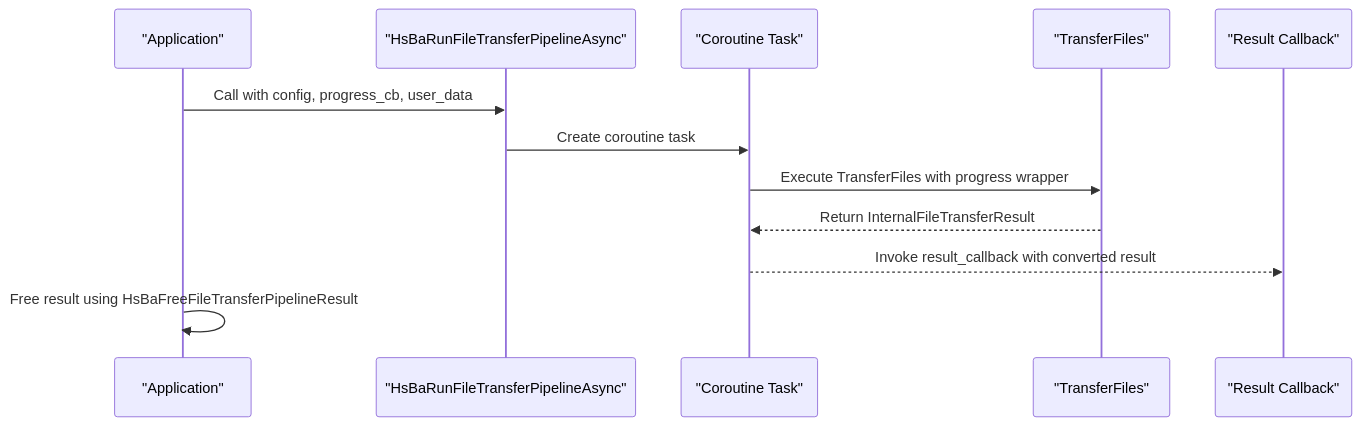
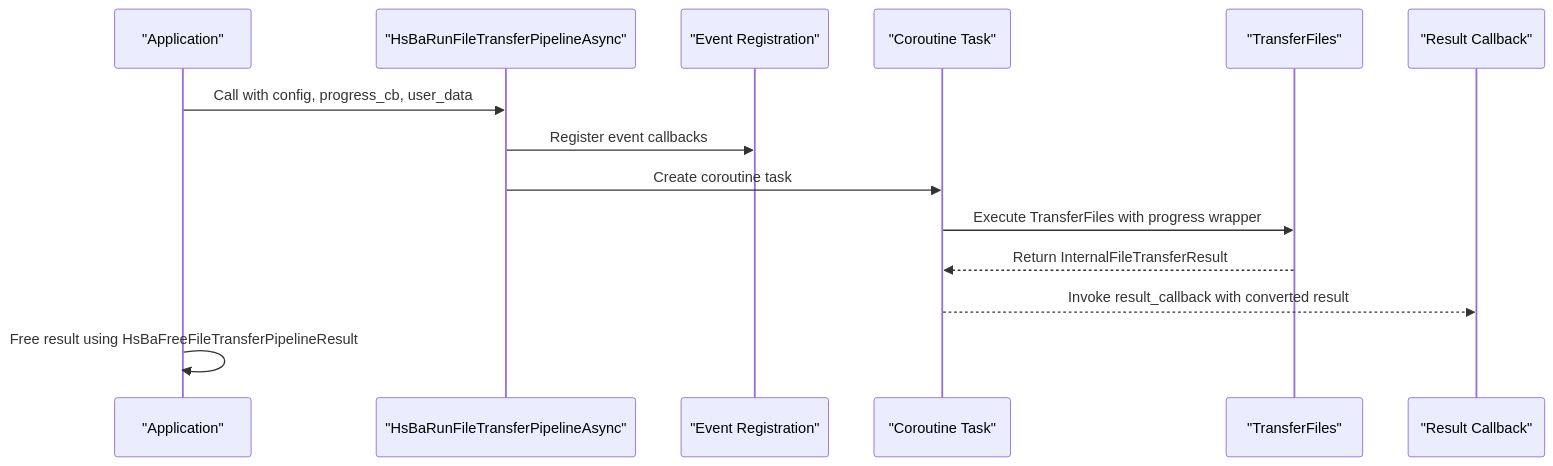
The seventh of 8 diagrams in .qoder/repowiki/en/content/Core Architecture/File Transfer Pipeline System.md (hsmbanlance/HsBaSlicer), drawn with Mermaid before and after one commit. The commit also changed other lines of this file and 31 other files, not shown here.

First line of the commit message:
docs(architecture): 更新文档以包含事件处理系统和动态库测试

````diff
--- a/.qoder/repowiki/en/content/Core Architecture/File Transfer Pipeline System.md
+++ b/.qoder/repowiki/en/content/Core Architecture/File Transfer Pipeline System.md
@@ -226,14 +358,16 @@
 ```mermaid
 sequenceDiagram
 participant App as "Application"
 participant CAPI as "HsBaRunFileTransferPipelineAsync"
+participant EventReg as "Event Registration"
 participant Task as "Coroutine Task"
 participant Core as "TransferFiles"
 participant CB as "Result Callback"
 App->>CAPI : Call with config, progress_cb, user_data
+CAPI->>EventReg : Register event callbacks
 CAPI->>Task : Create coroutine task
 Task->>Core : Execute TransferFiles with progress wrapper
 Core-->>Task : Return InternalFileTransferResult
 Task-->>CB : Invoke result_callback with converted result
 App->>App : Free result using HsBaFreeFileTransferPipelineResult
 ```
````
